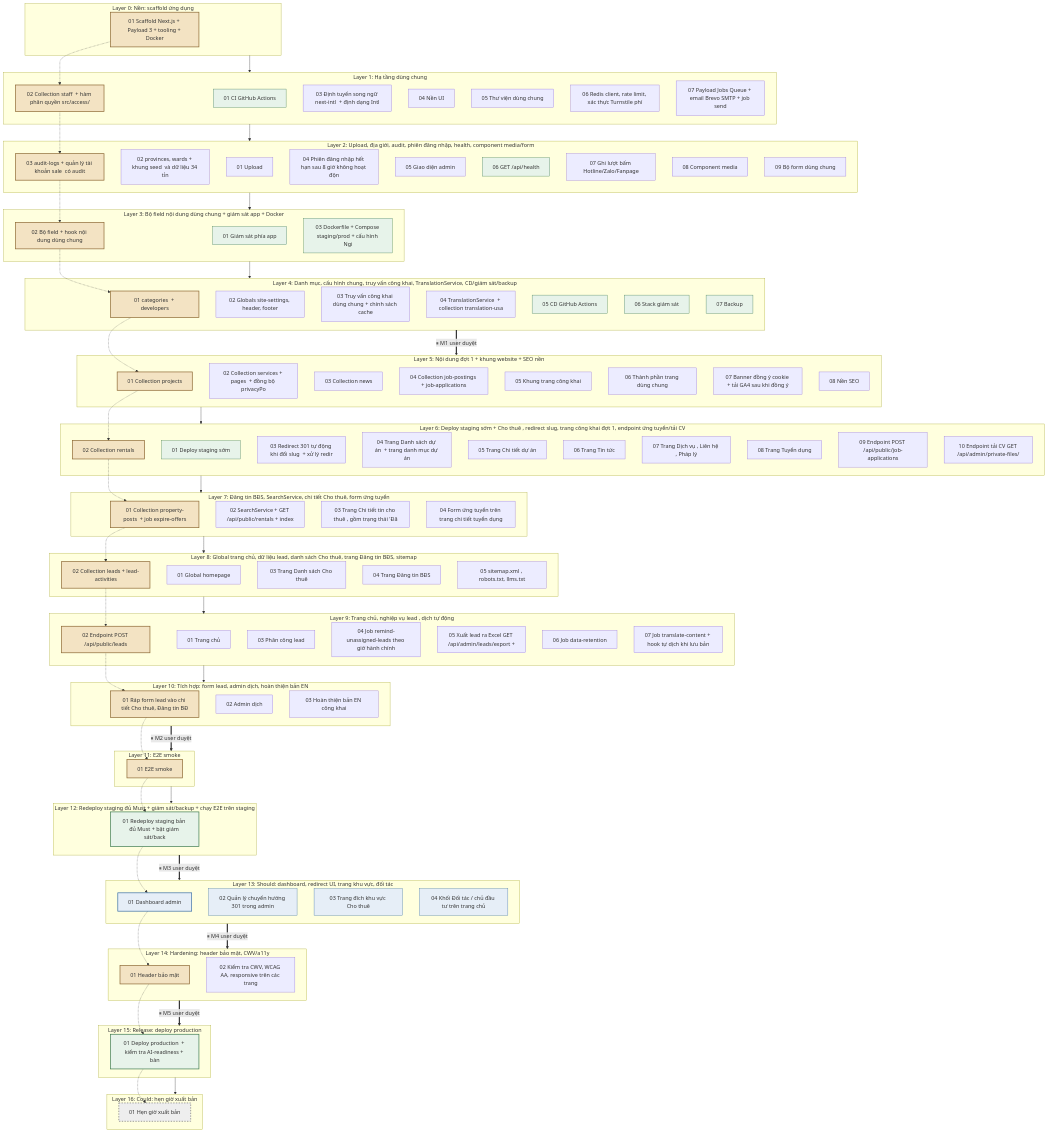
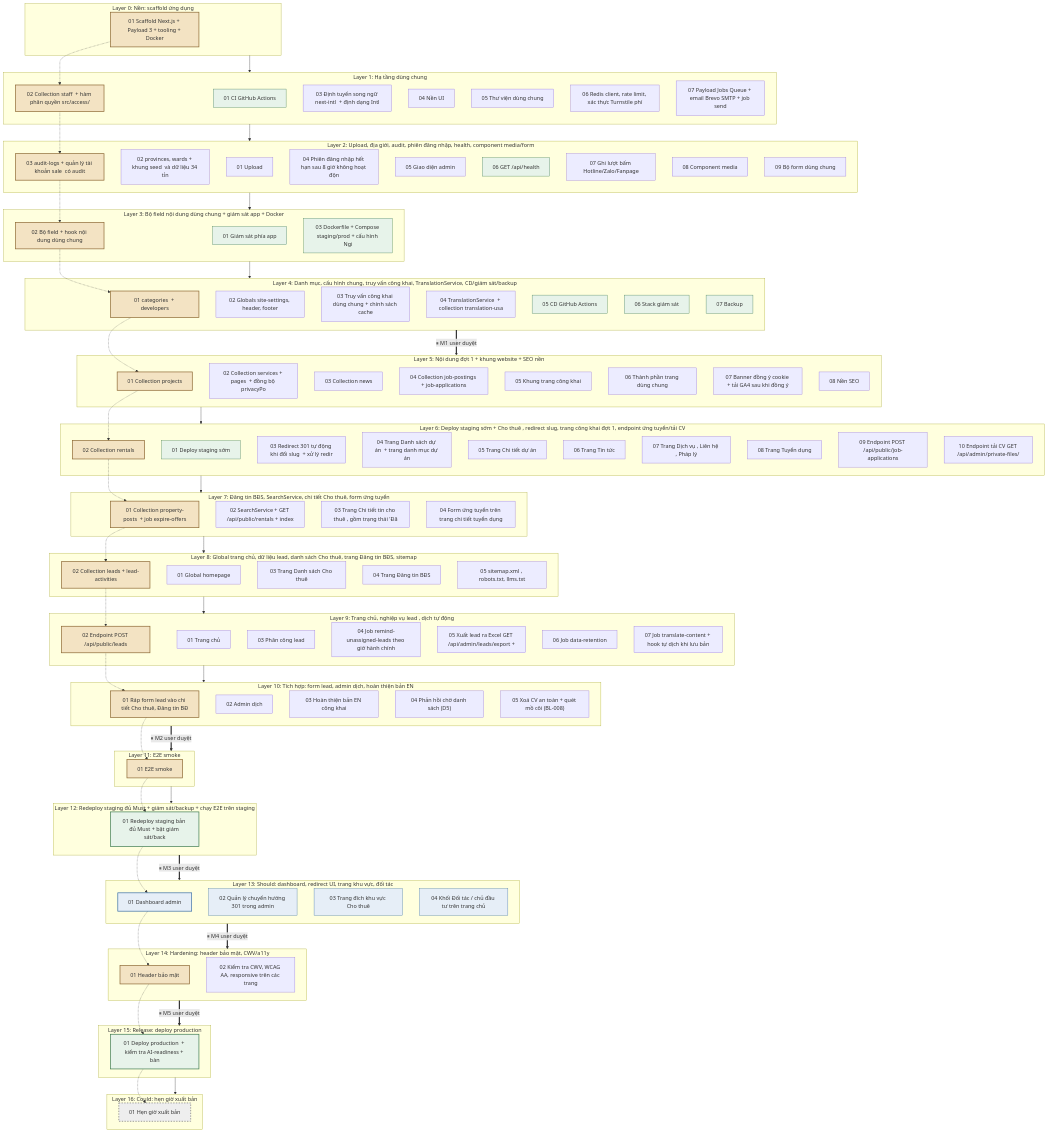
One commit to DatDangg/bds-tami changed the first of 2 diagrams in docs/diagrams/layer-plan.md. Above: the diagram before and after it, drawn with Mermaid. The commit also changed other lines of this file and 9 other files, not shown here.

First line of the commit message:
chore(build-tami-website): spec-validation layer 10 GAPS (G34 dịch vụ ở liên hệ, G35 chi tiết lead form chờ user) — reconcile doc as-built (API_SPEC §3.6 locale-counterpart + §4 duyệt EN, ARCHITECTURE phản hồi chờ, PERMISSION §5, layer-plan 5 task), tick follow-up, decisions

```diff
--- a/docs/diagrams/layer-plan.md
+++ b/docs/diagrams/layer-plan.md
@@ -141,6 +141,8 @@
     n_leadform["01 Ráp form lead vào chi tiết Cho thuê, Đăng tin BĐ"]
     n_tadmin["02 Admin dịch"]
     n_enpublic["03 Hoàn thiện bản EN công khai"]
+    n_pending["04 Phản hồi chờ danh sách (D5)"]
+    n_cvdelete["05 Xoá CV an toàn + quét mồ côi (BL-008)"]
   end
   subgraph L11["Layer 11: E2E smoke"]
     n_e2e["01 E2E smoke"]
```
